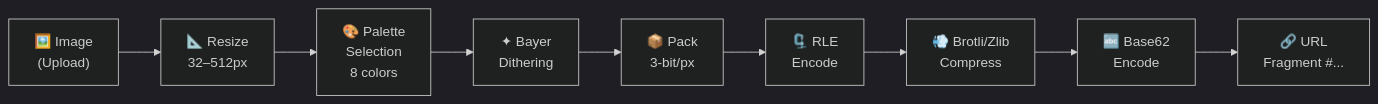
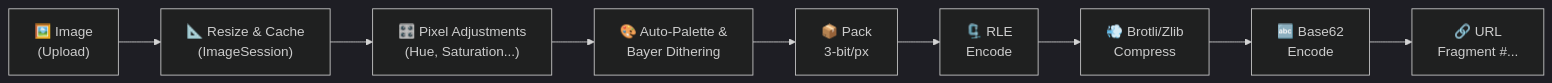
The first of 2 diagrams in README.md (GHagui/NanoGlyph-Share), drawn with Mermaid (dark theme) before and after one commit. The commit also changed other lines of this file, not shown here.

Commit message:
docs: update feature list and processing pipeline documentation to reflect Wasm-based adjustments and expanded resolution support

````diff
--- a/README.md
+++ b/README.md
@@ -51,11 +53,11 @@
 ```mermaid
 flowchart LR
-    A["🖼️ Image\n(Upload)"] --> B["📐 Resize\n32–512px"]
-    B --> C["🎨 Palette\nSelection\n8 colors"]
-    C --> D["✦ Bayer\nDithering"]
+    A["🖼️ Image\n(Upload)"] --> B["📐 Resize & Cache\n(ImageSession)"]
+    B --> C["🎛️ Pixel Adjustments\n(Hue, Saturation...)"]
+    C --> D["🎨 Auto-Palette & \nBayer Dithering"]
     D --> E["📦 Pack\n3-bit/px"]
     E --> F["🗜️ RLE\nEncode"]
     F --> G["💨 Brotli/Zlib\nCompress"]
     G --> H["🔤 Base62\nEncode"]
     H --> I["🔗 URL\nFragment #..."]
 ```
````
